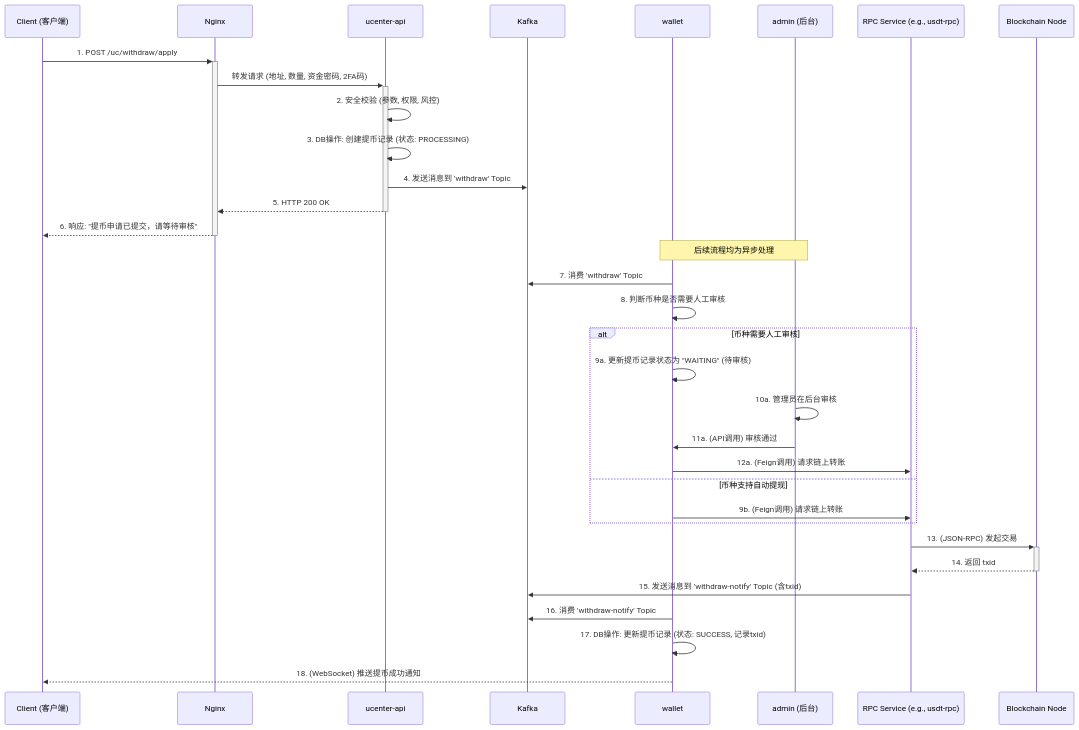
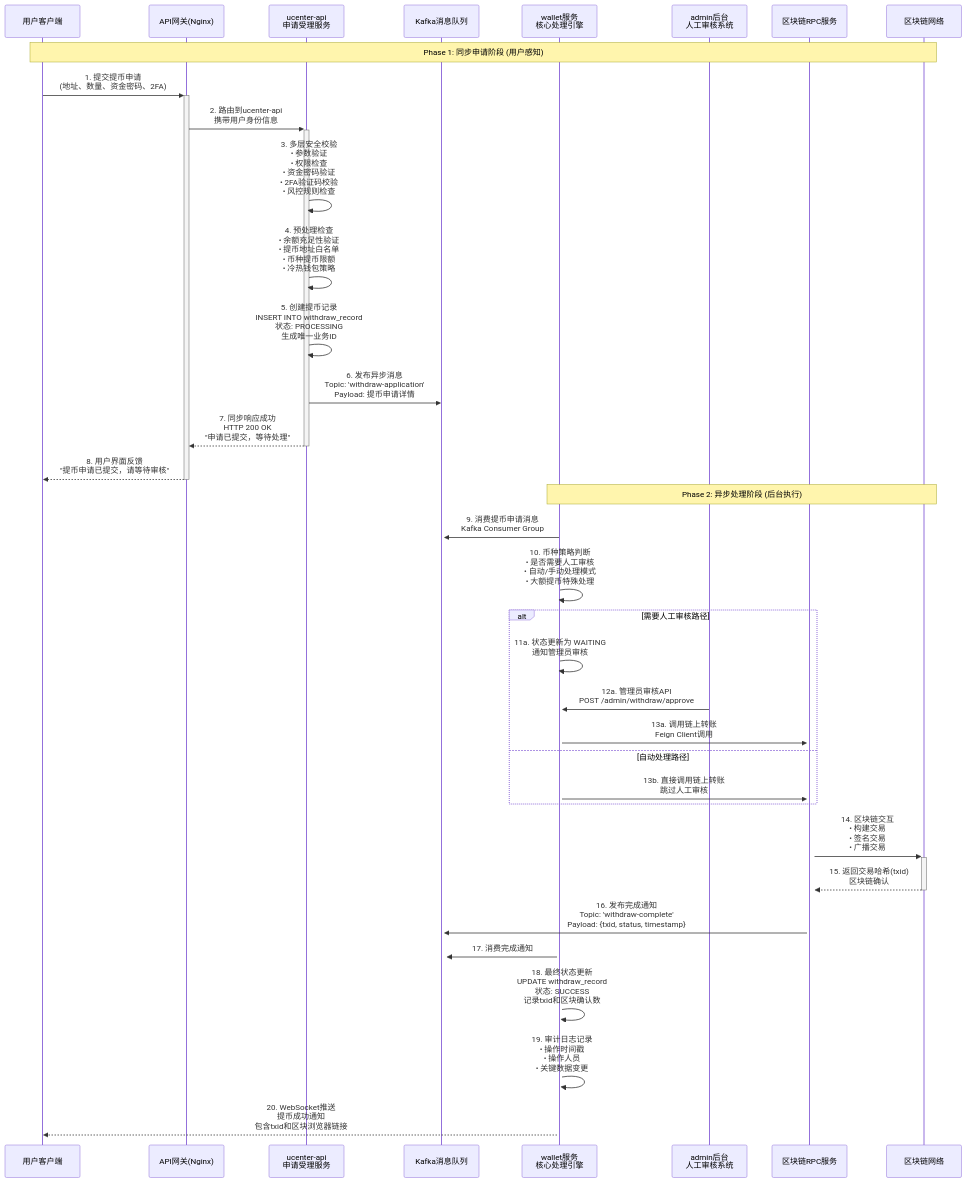
One commit to kick-pixel/btc_eth_bizzan_contract_Exchange_ztuo_jiaoyisuo changed the diagram in doc/22.核心流程串讲 (四) - 提币.md. Above: the diagram before and after it, drawn with Mermaid. The commit also changed other lines of this file and 27 other files, not shown here.

````diff
--- a/doc/22.核心流程串讲 (四) - 提币.md
+++ b/doc/22.核心流程串讲 (四) - 提币.md
@@ -15,41 +45,57 @@
 ```mermaid
 sequenceDiagram
-    participant C as Client (客户端)
-    participant N as Nginx
-    participant UC as ucenter-api
-    participant K as Kafka
-    participant W as wallet
-    participant A as admin (后台)
-    participant RPC as RPC Service (e.g., usdt-rpc)
-    participant Node as Blockchain Node
+    participant U as 用户客户端
+    participant G as API网关(Nginx)
+    participant UC as ucenter-api<br/>申请受理服务
+    participant K as Kafka消息队列
+    participant W as wallet服务<br/>核心处理引擎
+    participant A as admin后台<br/>人工审核系统
+    participant RPC as 区块链RPC服务
+    participant BC as 区块链网络
 
-    C->>+N: 1. POST /uc/withdraw/apply
-    N->>+UC: 转发请求 (地址, 数量, 资金密码, 2FA码)
-    UC->>UC: 2. 安全校验 (参数, 权限, 风控)
-    UC->>UC: 3. DB操作: 创建提币记录 (状态: PROCESSING)
-    UC->>K: 4. 发送消息到 'withdraw' Topic
-    UC-->>-N: 5. HTTP 200 OK
-    N-->>-C: 6. 响应: "提币申请已提交，请等待审核"
+    Note over U,BC: Phase 1: 同步申请阶段 (用户感知)
 
-    Note over W,A: 后续流程均为异步处理
-    
-    W->>K: 7. 消费 'withdraw' Topic
-    W->>W: 8. 判断币种是否需要人工审核
-    
-    alt 币种需要人工审核
-        W->>W: 9a. 更新提币记录状态为 "WAITING" (待审核)
-        A->>A: 10a. 管理员在后台审核
-        A->>W: 11a. (API调用) 审核通过
-        W->>RPC: 12a. (Feign调用) 请求链上转账
-    else 币种支持自动提现
-        W->>RPC: 9b. (Feign调用) 请求链上转账
+    U->>+G: 1. 提交提币申请<br/>(地址、数量、资金密码、2FA)
+    G->>+UC: 2. 路由到ucenter-api<br/>携带用户身份信息
+
+    UC->>UC: 3. 多层安全校验<br/>• 参数验证<br/>• 权限检查<br/>• 资金密码验证<br/>• 2FA验证码校验<br/>• 风控规则检查
+
+    UC->>UC: 4. 预处理检查<br/>• 余额充足性验证<br/>• 提币地址白名单<br/>• 币种提币限额<br/>• 冷热钱包策略
+
+    UC->>UC: 5. 创建提币记录<br/>INSERT INTO withdraw_record<br/>状态: PROCESSING<br/>生成唯一业务ID
+
+    UC->>K: 6. 发布异步消息<br/>Topic: 'withdraw-application'<br/>Payload: 提币申请详情
+
+    UC-->>-G: 7. 同步响应成功<br/>HTTP 200 OK<br/>"申请已提交，等待处理"
+    G-->>-U: 8. 用户界面反馈<br/>"提币申请已提交，请等待审核"
+
+    Note over W,BC: Phase 2: 异步处理阶段 (后台执行)
+
+    W->>+K: 9. 消费提币申请消息<br/>Kafka Consumer Group
+
+    W->>W: 10. 币种策略判断<br/>• 是否需要人工审核<br/>• 自动/手动处理模式<br/>• 大额提币特殊处理
+
+    alt 需要人工审核路径
+        W->>W: 11a. 状态更新为 WAITING<br/>通知管理员审核
+
+        A->>+W: 12a. 管理员审核API<br/>POST /admin/withdraw/approve
+
+        W->>+RPC: 13a. 调用链上转账<br/>Feign Client调用
+    else 自动处理路径
+        W->>+RPC: 13b. 直接调用链上转账<br/>跳过人工审核
     end
 
-    RPC->>+Node: 13. (JSON-RPC) 发起交易
-    Node-->>-RPC: 14. 返回 txid
-    RPC->>K: 15. 发送消息到 'withdraw-notify' Topic (含txid)
-    
-    W->>K: 16. 消费 'withdraw-notify' Topic
-    W->>W: 17. DB操作: 更新提币记录 (状态: SUCCESS, 记录txid)
-    W-->>C: 18. (WebSocket) 推送提币成功通知
+    RPC->>+BC: 14. 区块链交互<br/>• 构建交易<br/>• 签名交易<br/>• 广播交易
+
+    BC-->>-RPC: 15. 返回交易哈希(txid)<br/>区块链确认
+
+    RPC->>+K: 16. 发布完成通知<br/>Topic: 'withdraw-complete'<br/>Payload: {txid, status, timestamp}
+
+    W->>+K: 17. 消费完成通知
+
+    W->>W: 18. 最终状态更新<br/>UPDATE withdraw_record<br/>状态: SUCCESS<br/>记录txid和区块确认数
+
+    W->>W: 19. 审计日志记录<br/>• 操作时间戳<br/>• 操作人员<br/>• 关键数据变更
+
+    W-->>U: 20. WebSocket推送<br/>提币成功通知<br/>包含txid和区块浏览器链接
 ```
````
